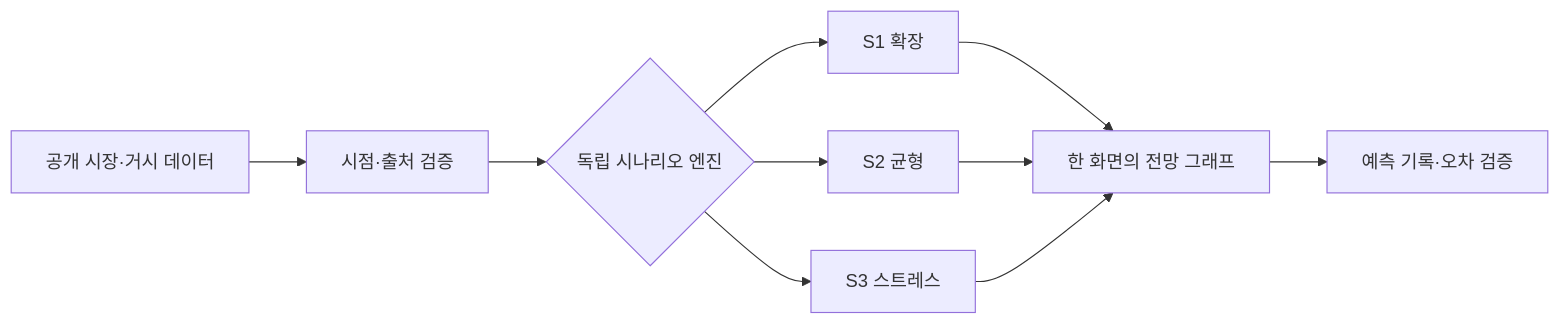
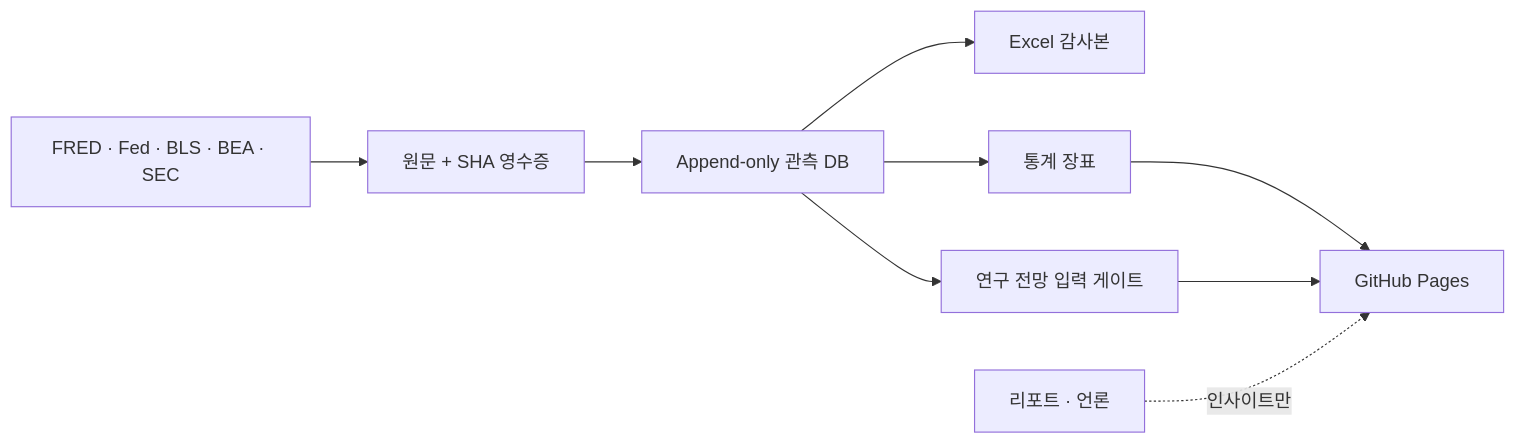
Before and after one commit to Sung-JinPark/Jin-s-investing-prediction: the diagram in README.md, drawn with Mermaid. The commit also changed other lines of this file and 72 other files, not shown here.

````diff
--- a/README.md
+++ b/README.md
@@ -39,12 +35,11 @@
-~~~mermaid
+```mermaid
 flowchart LR
-    A["공개 시장·거시 데이터"] --> B["시점·출처 검증"]
-    B --> C{"독립 시나리오 엔진"}
-    C --> S1["S1 확장"]
-    C --> S2["S2 균형"]
-    C --> S3["S3 스트레스"]
-    S1 --> D["한 화면의 전망 그래프"]
-    S2 --> D
-    S3 --> D
-    D --> E["예측 기록·오차 검증"]
-~~~
+    A["FRED · Fed · BLS · BEA · SEC"] --> B["원문 + SHA 영수증"]
+    B --> C["Append-only 관측 DB"]
+    C --> D["Excel 감사본"]
+    C --> E["통계 장표"]
+    C --> F["연구 전망 입력 게이트"]
+    E --> G["GitHub Pages"]
+    F --> G
+    R["리포트 · 언론"] -. "인사이트만" .-> G
+```
````
